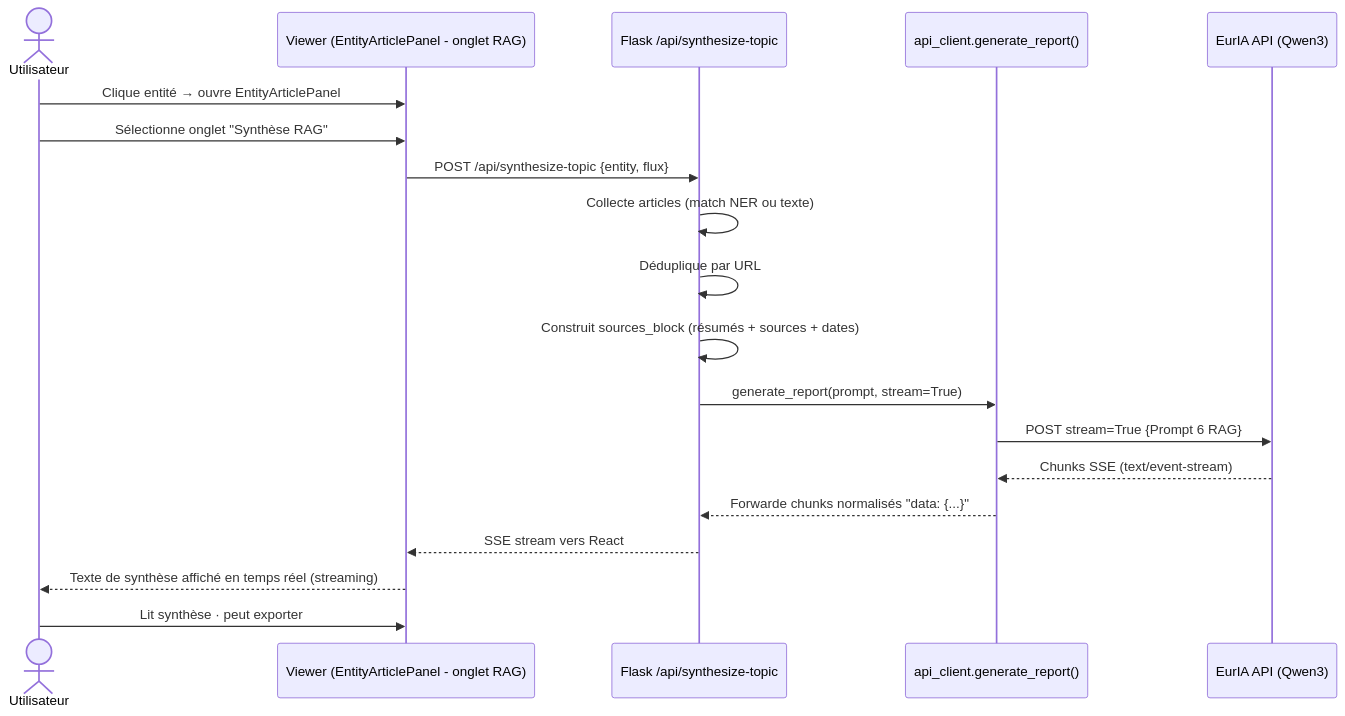
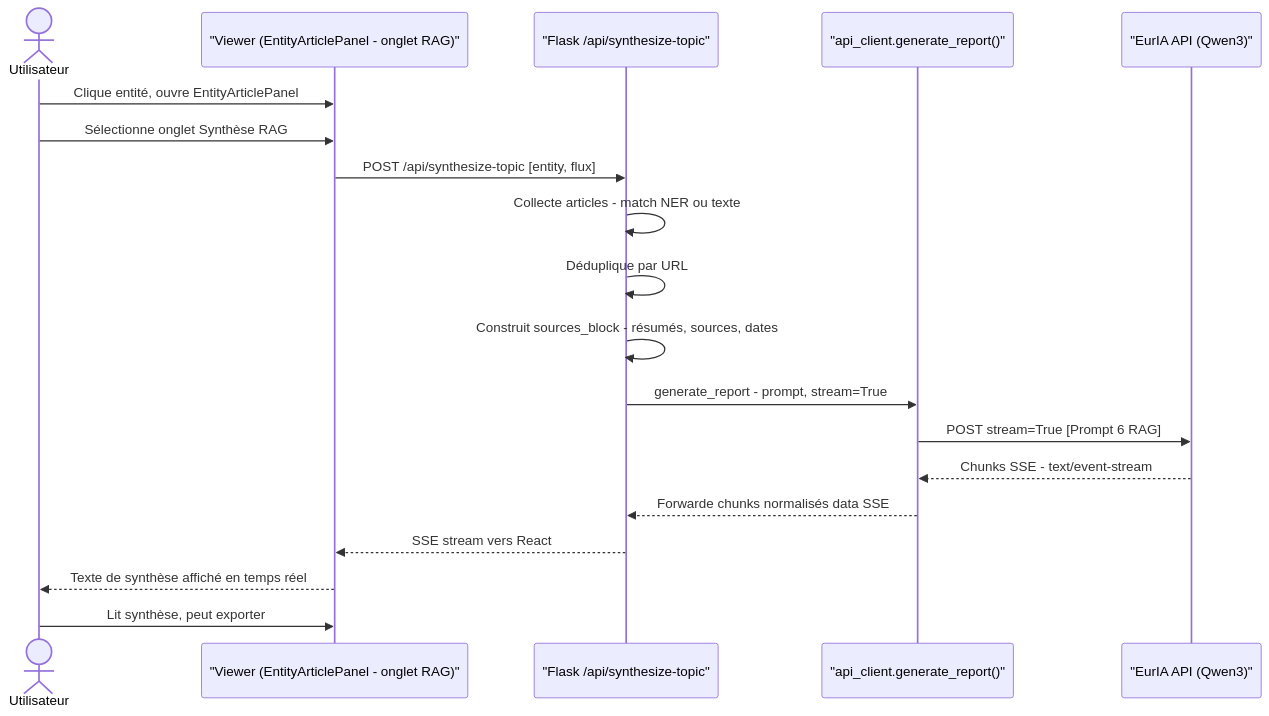
Diagram 13 of 16 in docs/USE_CASES.md (pat-the-geek/AnalyseActualites), drawn with Mermaid before and after one commit. The commit also changed other lines of this file and 9 other files, not shown here.

````diff
--- a/docs/USE_CASES.md
+++ b/docs/USE_CASES.md
@@ -609,22 +610,22 @@
 ```mermaid
 sequenceDiagram
     actor U as Utilisateur
-    participant V as Viewer (EntityArticlePanel - onglet RAG)
-    participant A as Flask /api/synthesize-topic
-    participant C as api_client.generate_report()
-    participant AI as EurIA API (Qwen3)
+    participant V as "Viewer (EntityArticlePanel - onglet RAG)"
+    participant A as "Flask /api/synthesize-topic"
+    participant C as "api_client.generate_report()"
+    participant AI as "EurIA API (Qwen3)"
 
-    U->>V: Clique entité → ouvre EntityArticlePanel
-    U->>V: Sélectionne onglet "Synthèse RAG"
-    V->>A: POST /api/synthesize-topic {entity, flux}
-    A->>A: Collecte articles (match NER ou texte)
+    U->>V: Clique entité, ouvre EntityArticlePanel
+    U->>V: Sélectionne onglet Synthèse RAG
+    V->>A: POST /api/synthesize-topic [entity, flux]
+    A->>A: Collecte articles - match NER ou texte
     A->>A: Déduplique par URL
-    A->>A: Construit sources_block (résumés + sources + dates)
-    A->>C: generate_report(prompt, stream=True)
-    C->>AI: POST stream=True {Prompt 6 RAG}
-    AI-->>C: Chunks SSE (text/event-stream)
-    C-->>A: Forwarde chunks normalisés "data: {...}"
+    A->>A: Construit sources_block - résumés, sources, dates
+    A->>C: generate_report - prompt, stream=True
+    C->>AI: POST stream=True [Prompt 6 RAG]
+    AI-->>C: Chunks SSE - text/event-stream
+    C-->>A: Forwarde chunks normalisés data SSE
     A-->>V: SSE stream vers React
-    V-->>U: Texte de synthèse affiché en temps réel (streaming)
-    U->>V: Lit synthèse · peut exporter
+    V-->>U: Texte de synthèse affiché en temps réel
+    U->>V: Lit synthèse, peut exporter
 ```
````
